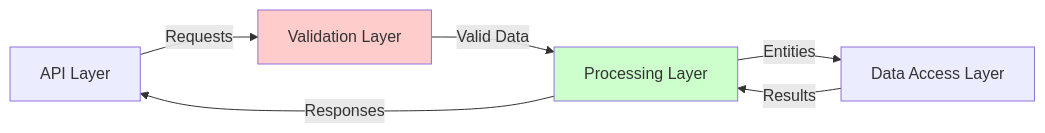
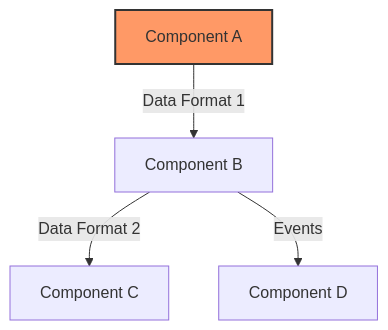
Before and after one commit to seanwhaley/USASpending: the sixth of 6 diagrams in docs/templates/02_review_instructions.md, drawn with Mermaid. The commit also changed other lines of this file and 14 other files, not shown here.

````diff
--- a/docs/templates/02_review_instructions.md
+++ b/docs/templates/02_review_instructions.md
@@ -298,11 +696,8 @@
 ```mermaid
-flowchart LR
-    A[API Layer] -->|Requests| B[Validation Layer]
-    B -->|Valid Data| C[Processing Layer]
-    C -->|Entities| D[Data Access Layer]
-    D -->|Results| C
-    C -->|Responses| A
+flowchart TD
+    A[Component A] -->|Data Format 1| B[Component B]
+    B -->|Data Format 2| C[Component C]
+    B -->|Events| D[Component D]
     
-    style B fill:#ffcccc
-    style C fill:#ccffcc
+    style A fill:#f96,stroke:#333,stroke-width:2px
 ```
````
